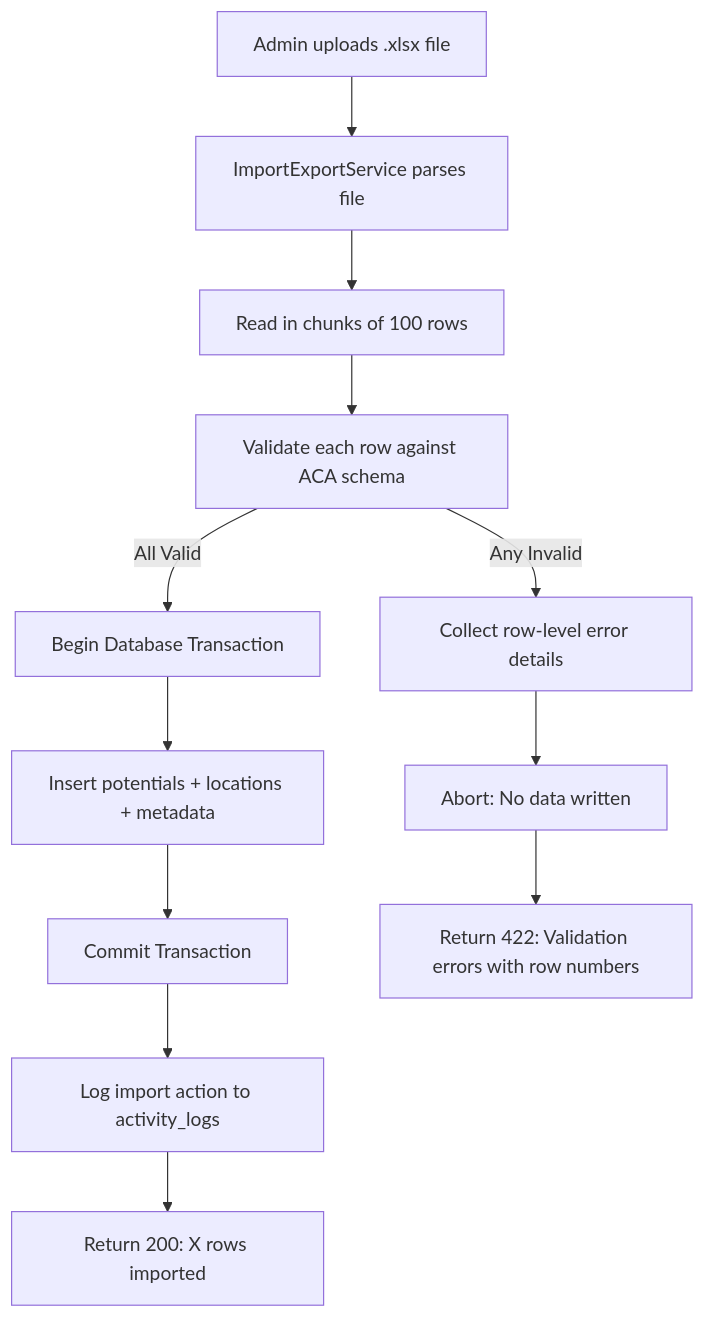
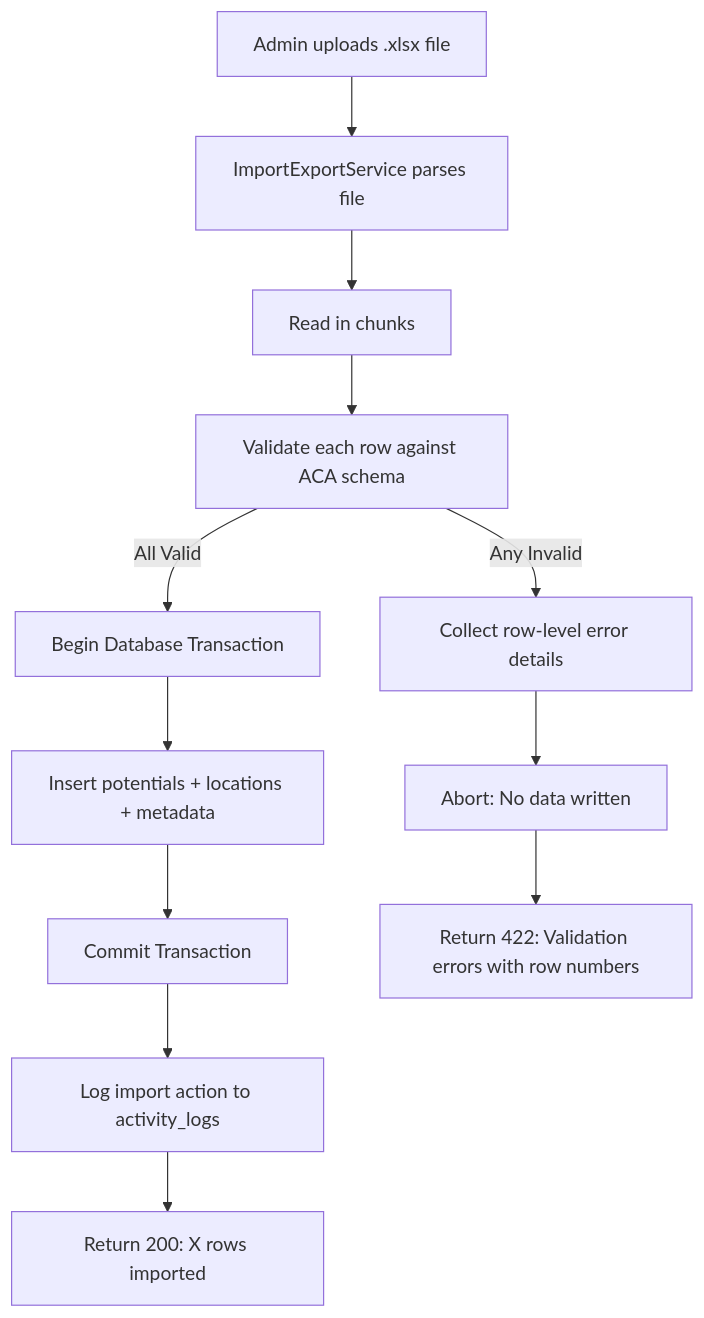
One commit to bitsy6699/WebDesa changed the fourth of 5 diagrams in docs/engineering/BACKEND_ARCHITECTURE.md. Above: the diagram before and after it, drawn with Mermaid. The commit also changed other lines of this file and 545 other files, not shown here.

````diff
--- a/docs/engineering/BACKEND_ARCHITECTURE.md
+++ b/docs/engineering/BACKEND_ARCHITECTURE.md
@@ -309,14 +266,14 @@
 ```mermaid
 graph TD
     UploadXL[Admin uploads .xlsx file] --> ParseFile[ImportExportService parses file]
-    ParseFile --> ChunkRead[Read in chunks of 100 rows]
+    ParseFile --> ChunkRead[Read in chunks]
     ChunkRead --> ValidateRow[Validate each row against ACA schema]
     ValidateRow -- All Valid --> BeginTx[Begin Database Transaction]
     BeginTx --> BulkInsert[Insert potentials + locations + metadata]
     BulkInsert --> CommitTx[Commit Transaction]
     CommitTx --> LogAction[Log import action to activity_logs]
     LogAction --> SuccessResponse[Return 200: X rows imported]
     ValidateRow -- Any Invalid --> CollectErrors[Collect row-level error details]
     CollectErrors --> RollbackTx[Abort: No data written]
     RollbackTx --> ErrorResponse[Return 422: Validation errors with row numbers]
 ```
````
